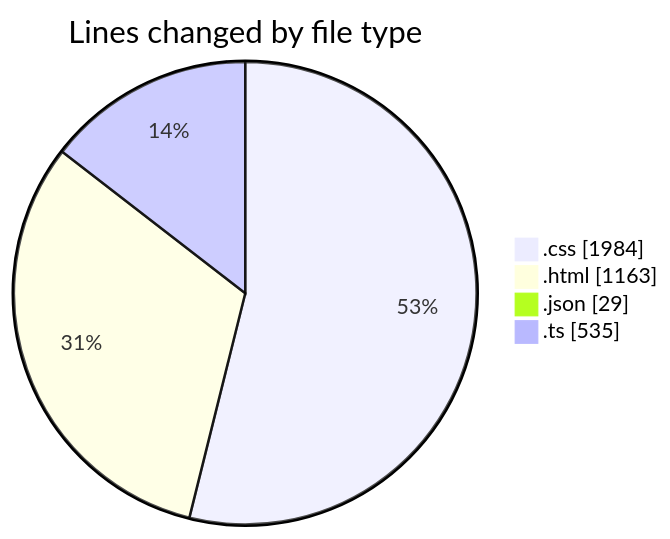
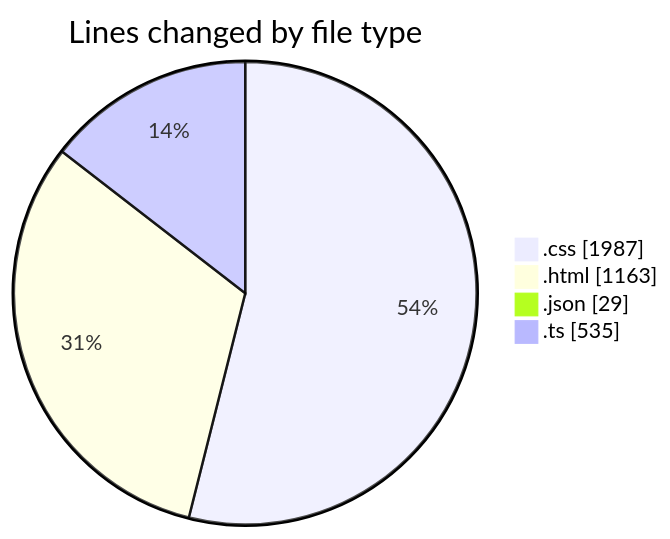
One commit to igalym/code-tracking changed the first of 2 diagrams in 2025-12-30/budget_front_nest/README.md. Above: the diagram before and after it, drawn with Mermaid. The commit also changed other lines of this file and 1 other file, not shown here.

````diff
--- a/2025-12-30/budget_front_nest/README.md
+++ b/2025-12-30/budget_front_nest/README.md
@@ -32,8 +32,8 @@
 ```mermaid
 pie showData
 title Lines changed by file type
-".css" : 1984
+".css" : 1987
 ".html" : 1163
 ".json" : 29
 ".ts" : 535
 ```
````
